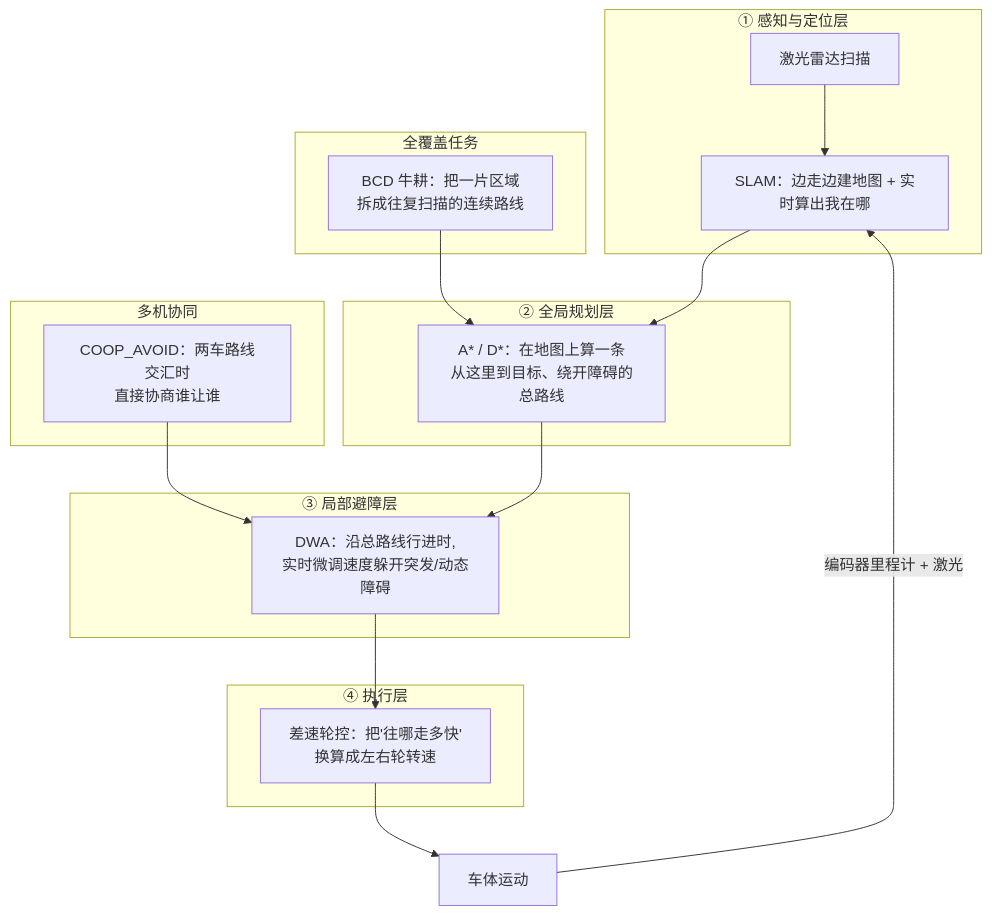
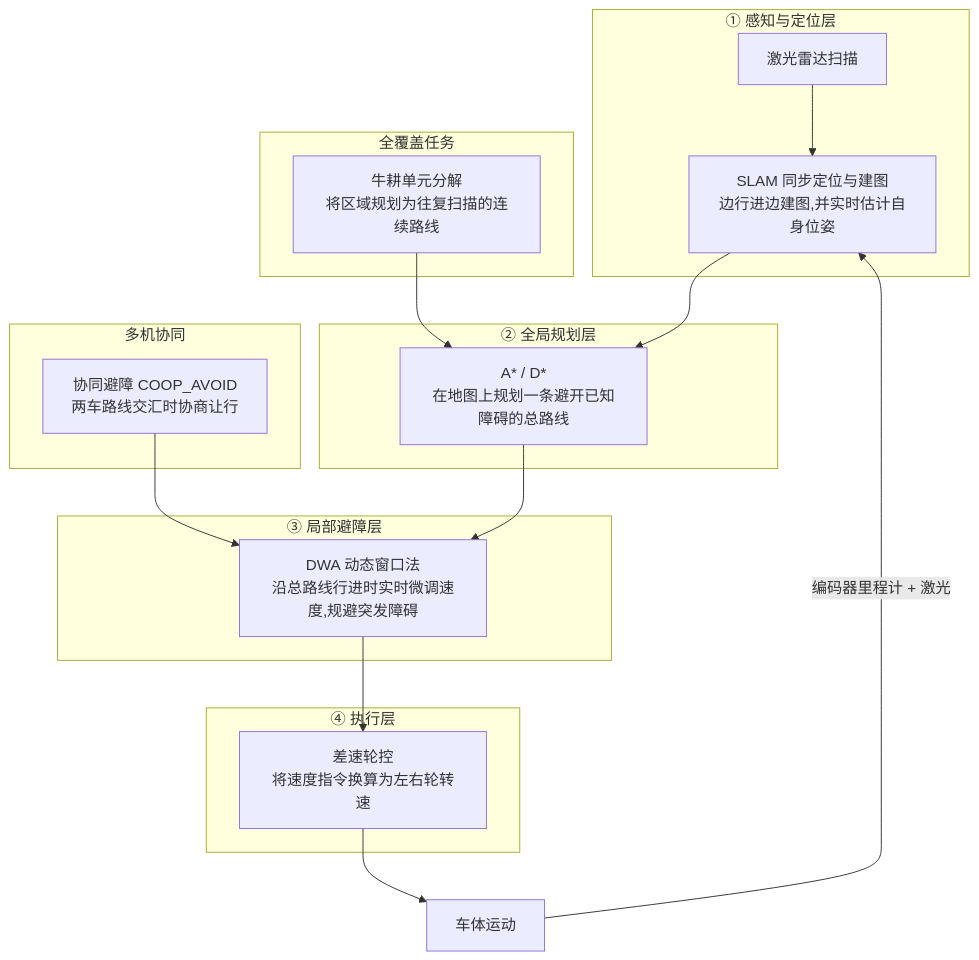
The sixth of 33 diagrams in 竞赛文档/作品设计文档.md (Drahann/OpenHarmonyCar), drawn with Mermaid before and after one commit. The commit also changed other lines of this file and 37 other files, not shown here.

````diff
--- a/竞赛文档/作品设计文档.md
+++ b/竞赛文档/作品设计文档.md
@@ -392,23 +362,23 @@
 ```mermaid
 graph TB
   subgraph SENSE["① 感知与定位层"]
-    LIDAR["激光雷达扫描"] --> SLAM["SLAM：边走边建地图 + 实时算出我在哪"]
+    LIDAR["激光雷达扫描"] --> SLAM["SLAM 同步定位与建图<br/>边行进边建图,并实时估计自身位姿"]
   end
   subgraph GLOBAL["② 全局规划层"]
-    SLAM --> ASTAR["A* / D*：在地图上算一条<br/>从这里到目标、绕开障碍的总路线"]
+    SLAM --> ASTAR["A* / D*<br/>在地图上规划一条避开已知障碍的总路线"]
   end
   subgraph LOCAL["③ 局部避障层"]
-    ASTAR --> DWA["DWA：沿总路线行进时,<br/>实时微调速度躲开突发/动态障碍"]
+    ASTAR --> DWA["DWA 动态窗口法<br/>沿总路线行进时实时微调速度,规避突发障碍"]
   end
   subgraph EXEC["④ 执行层"]
-    DWA --> WHEEL["差速轮控：把'往哪走多快'<br/>换算成左右轮转速"]
+    DWA --> WHEEL["差速轮控<br/>将速度指令换算为左右轮转速"]
   end
   WHEEL --> MOVE["车体运动"]
   MOVE -->|"编码器里程计 + 激光"| SLAM
   subgraph COVER["全覆盖任务"]
-    BCD["BCD 牛耕：把一片区域<br/>拆成往复扫描的连续路线"] --> ASTAR
+    BCD["牛耕单元分解<br/>将区域规划为往复扫描的连续路线"] --> ASTAR
   end
   subgraph MULTI["多机协同"]
-    COOP["COOP_AVOID：两车路线交汇时<br/>直接协商谁让谁"] --> DWA
+    COOP["协同避障 COOP_AVOID<br/>两车路线交汇时协商让行"] --> DWA
   end
 ```
````
